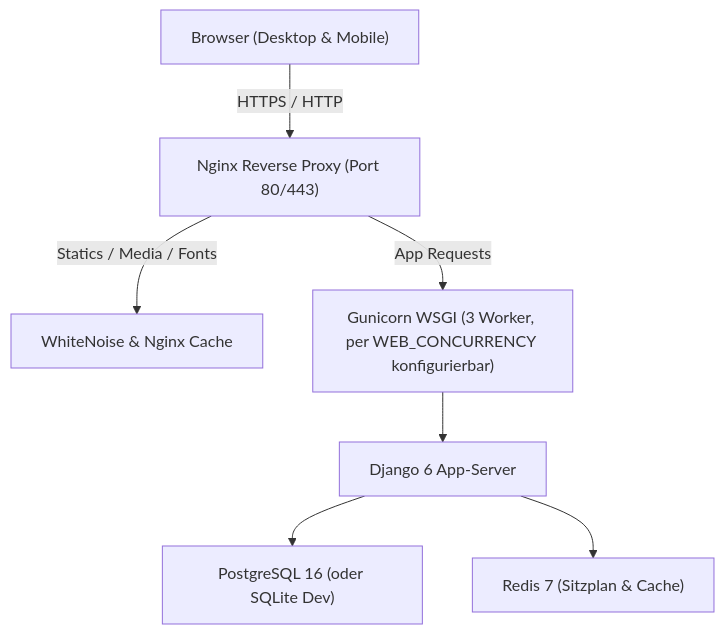
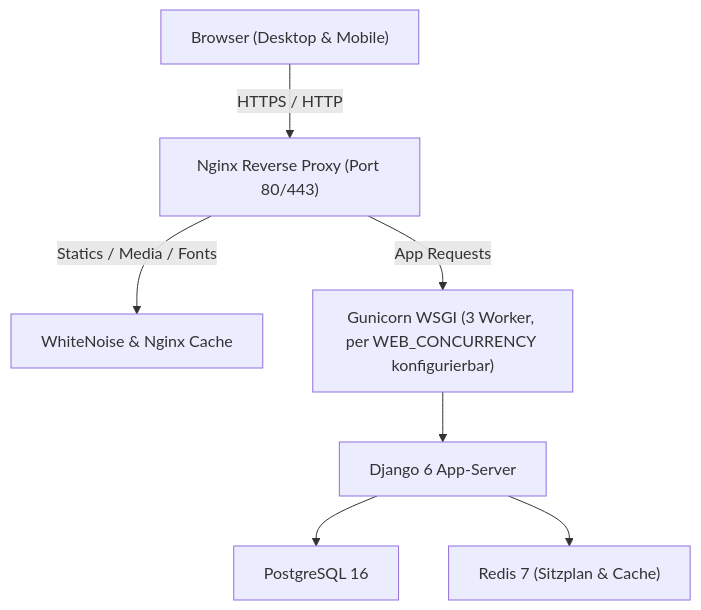
Before and after one commit to eschafellner/EntailsNG: the diagram in DEVELOPER_HANDOVER.md, drawn with Mermaid. The commit also changed other lines of this file and 40 other files, not shown here.

````diff
--- a/DEVELOPER_HANDOVER.md
+++ b/DEVELOPER_HANDOVER.md
@@ -38,9 +41,9 @@
 ```mermaid
 graph TD
     Client["Browser (Desktop & Mobile)"] -->|HTTPS / HTTP| Nginx["Nginx Reverse Proxy (Port 80/443)"]
     Nginx -->|Statics / Media / Fonts| StaticFiles["WhiteNoise & Nginx Cache"]
     Nginx -->|App Requests| Gunicorn["Gunicorn WSGI (3 Worker, per WEB_CONCURRENCY konfigurierbar)"]
     Gunicorn --> Django["Django 6 App-Server"]
-    Django --> Postgres["PostgreSQL 16 (oder SQLite Dev)"]
+    Django --> Postgres["PostgreSQL 16"]
     Django --> Redis["Redis 7 (Sitzplan & Cache)"]
 ```
````
